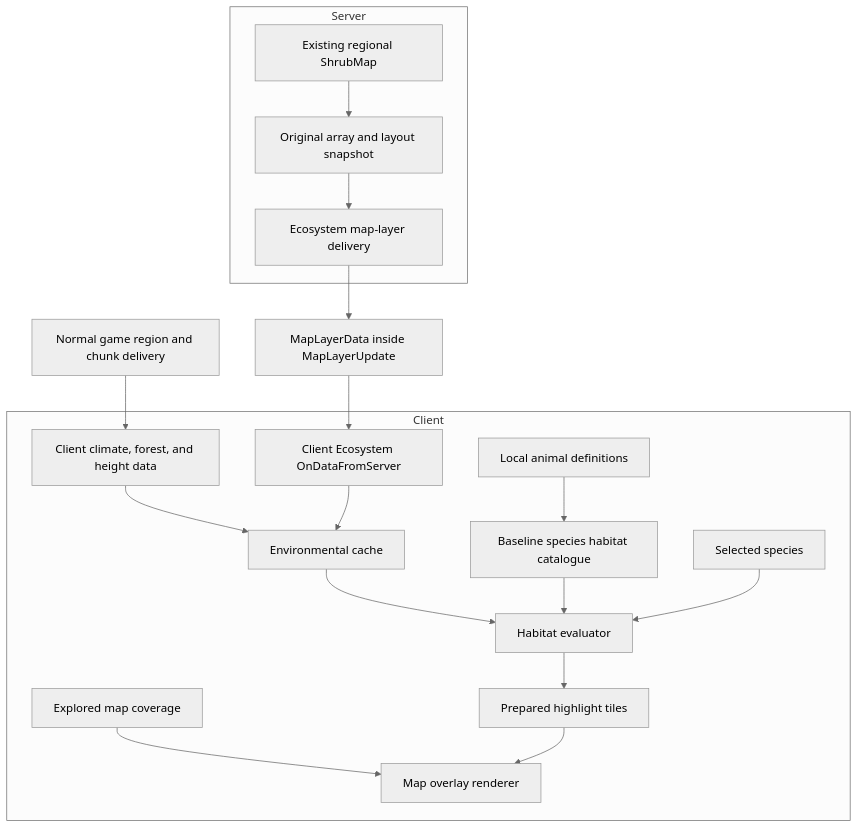
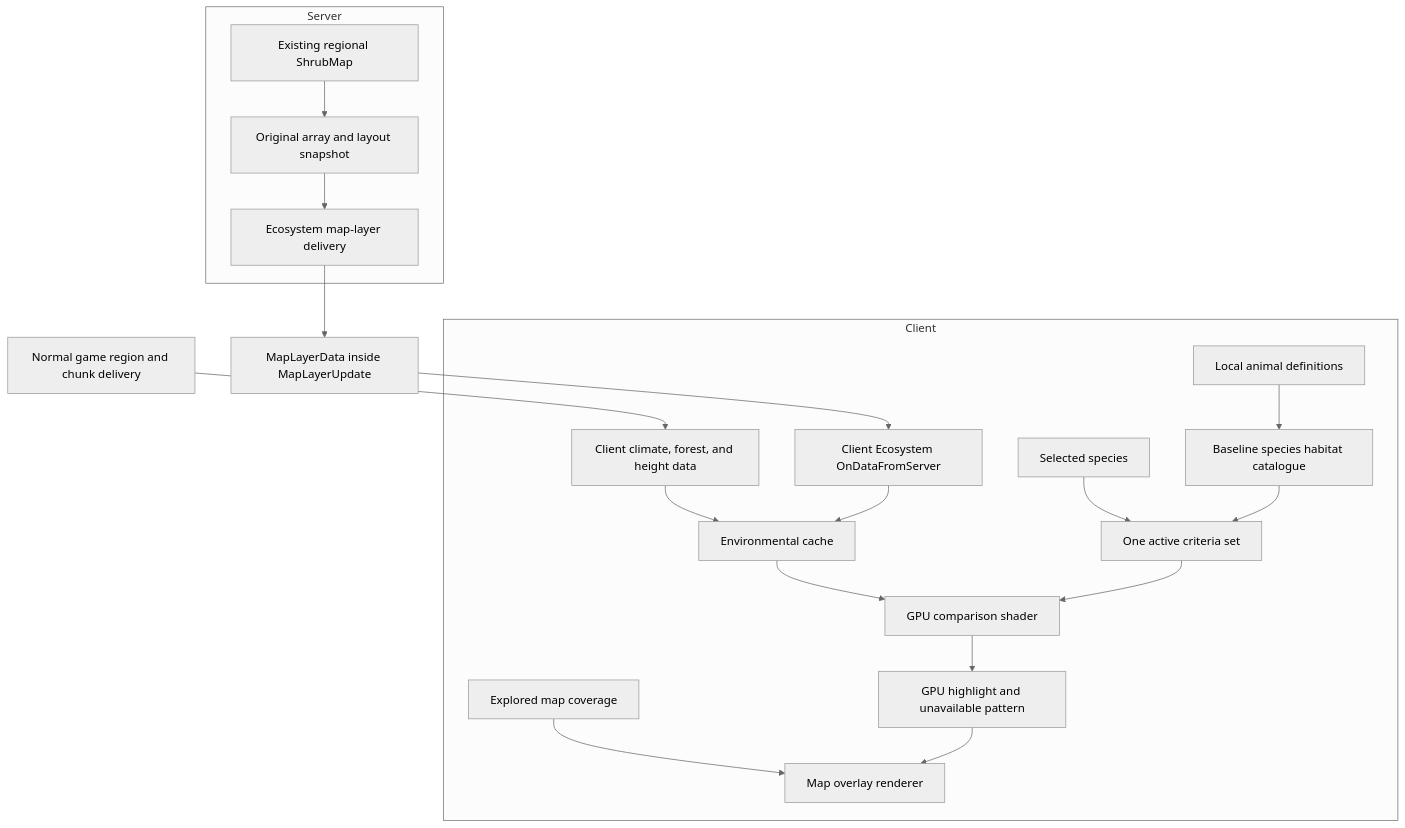
One commit to dsisco11/VanillaExpanded changed the second of 3 diagrams in docs/ecosystem-map/EcosystemMapProposal.md. Above: the diagram before and after it, drawn with Mermaid (neutral theme). The commit also changed other lines of this file and 22 other files, not shown here.

Commit message:
[Phase 5]: Prepare GPU inputs and evaluate a single criteria set

````diff
--- a/docs/ecosystem-map/EcosystemMapProposal.md
+++ b/docs/ecosystem-map/EcosystemMapProposal.md
@@ -117,21 +117,22 @@
 ```mermaid
 flowchart TB
     Normal[Normal game region and chunk delivery] --> LocalMaps[Client climate, forest, and height data]
     subgraph Server
         Original[Existing regional ShrubMap] --> Snapshot[Original array and layout snapshot]
         Snapshot --> Delivery[Ecosystem map-layer delivery]
     end
     Delivery --> Envelope[MapLayerData inside MapLayerUpdate]
     Envelope --> Receive[Client Ecosystem OnDataFromServer]
     subgraph Client
         Definitions[Local animal definitions] --> Rules[Baseline species habitat catalogue]
         LocalMaps --> Cache[Environmental cache]
         Receive --> Cache
-        Cache --> Evaluate[Habitat evaluator]
-        Rules --> Evaluate
-        Selected[Selected species] --> Evaluate
-        Evaluate --> Prepared[Prepared highlight tiles]
+        Cache --> Evaluate[GPU comparison shader]
+        SelectedRanges[One active criteria set] --> Evaluate
+        Selected[Selected species] --> SelectedRanges
+        Rules --> SelectedRanges
+        Evaluate --> Prepared[GPU highlight and unavailable pattern]
         Coverage[Explored map coverage] --> Render[Map overlay renderer]
         Prepared --> Render
     end
 ```
````
